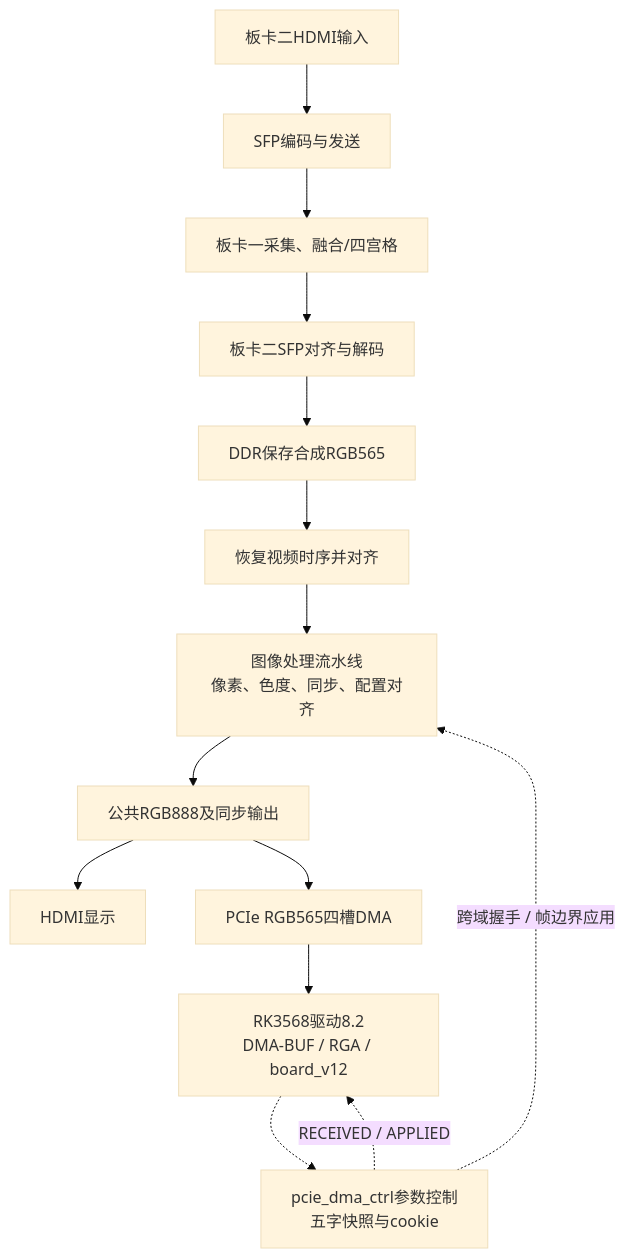
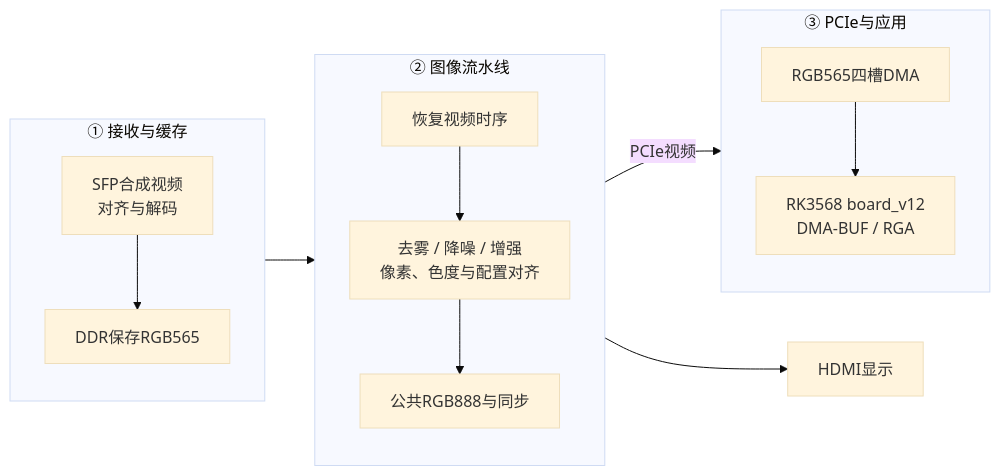
One commit to istiurosmadelgordont-cloud/RoadFusion-Edge changed the diagram in fpga/dual_board/board2_sfp_pcie/docs/CODE_WALKTHROUGH.md. Above: the diagram before and after it, drawn with Mermaid (base theme). The commit also changed other lines of this file and 5 other files, not shown here.

First line of the commit message:
docs: reflow architecture diagrams into horizontal stages

````diff
--- a/fpga/dual_board/board2_sfp_pcie/docs/CODE_WALKTHROUGH.md
+++ b/fpga/dual_board/board2_sfp_pcie/docs/CODE_WALKTHROUGH.md
@@ -18,16 +20,25 @@
 ```mermaid
-flowchart TB
-    HDMI["板卡二HDMI输入"] --> TX["SFP编码与发送"]
-    TX --> B1["板卡一采集、融合/四宫格"]
-    B1 --> RX["板卡二SFP对齐与解码"]
-    RX --> DDR["DDR保存合成RGB565"]
-    DDR --> ALIGN["恢复视频时序并对齐"]
-    ALIGN --> IMG["图像处理流水线<br/>像素、色度、同步、配置对齐"]
-    IMG --> OUT["公共RGB888及同步输出"]
-    OUT --> MON["HDMI显示"]
-    OUT --> DMA["PCIe RGB565四槽DMA"]
-    DMA --> RC["RK3568驱动8.2<br/>DMA-BUF / RGA / board_v12"]
-    RC -.-> CFG["pcie_dma_ctrl参数控制<br/>五字快照与cookie"]
-    CFG -.->|跨域握手 / 帧边界应用| IMG
-    CFG -.->|RECEIVED / APPLIED| RC
+flowchart LR
+    subgraph INPUT["① 接收与缓存"]
+        direction TB
+        RX["SFP合成视频<br/>对齐与解码"]
+        DDR["DDR保存RGB565"]
+        RX --> DDR
+    end
+    subgraph PIXEL["② 图像流水线"]
+        direction TB
+        SYNC["恢复视频时序"]
+        IMG["去雾 / 降噪 / 增强<br/>像素、色度与配置对齐"]
+        OUT["公共RGB888与同步"]
+        SYNC --> IMG --> OUT
+    end
+    subgraph ARM["③ PCIe与应用"]
+        direction TB
+        DMA["RGB565四槽DMA"]
+        RC["RK3568 board_v12<br/>DMA-BUF / RGA"]
+        DMA --> RC
+    end
+    INPUT --> PIXEL
+    PIXEL -->|PCIe视频| ARM
+    PIXEL --> HDMI["HDMI显示"]
 ```
````
